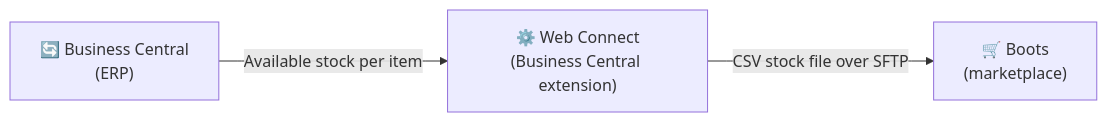
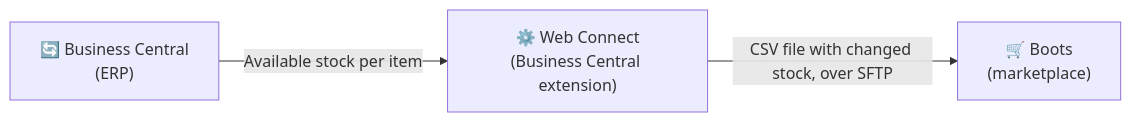
Before and after one commit to Combine-IT-ab/docs-general: the first of 2 diagrams in docs/products/web-connect/integrations/boots/overview.md, drawn with Mermaid. The commit also changed other lines of this file and 1 other file, not shown here.

````diff
--- a/docs/products/web-connect/integrations/boots/overview.md
+++ b/docs/products/web-connect/integrations/boots/overview.md
@@ -62,9 +62,9 @@
 ```mermaid
 graph LR
     A["🔄 Business Central<br/>(ERP)"]
     B["⚙️ Web Connect<br/>(Business Central extension)"]
     C["🛒 Boots<br/>(marketplace)"]
 
     A -->|Available stock per item| B
-    B -->|CSV stock file over SFTP| C
+    B -->|CSV file with changed stock, over SFTP| C
 ```
````
